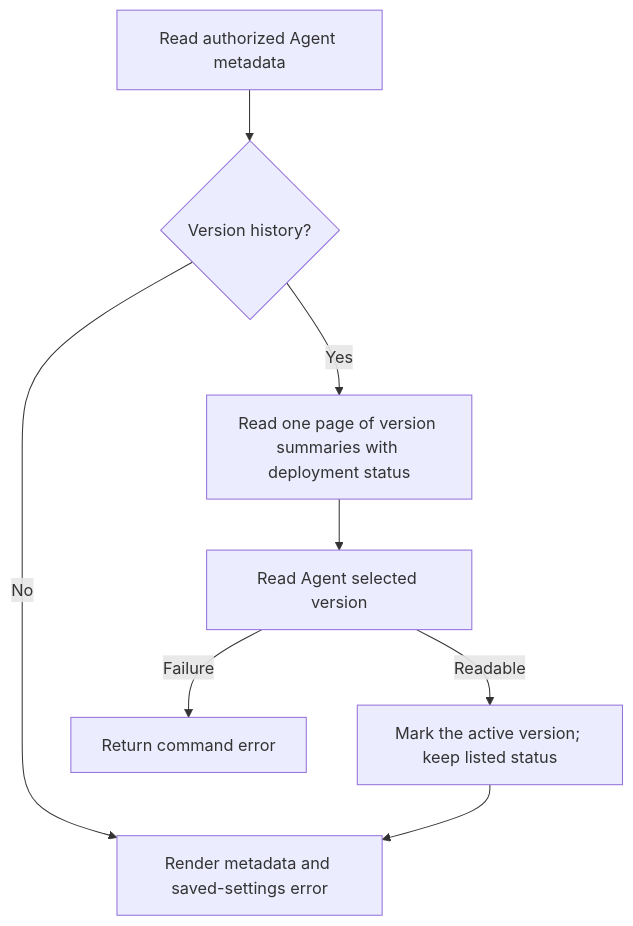
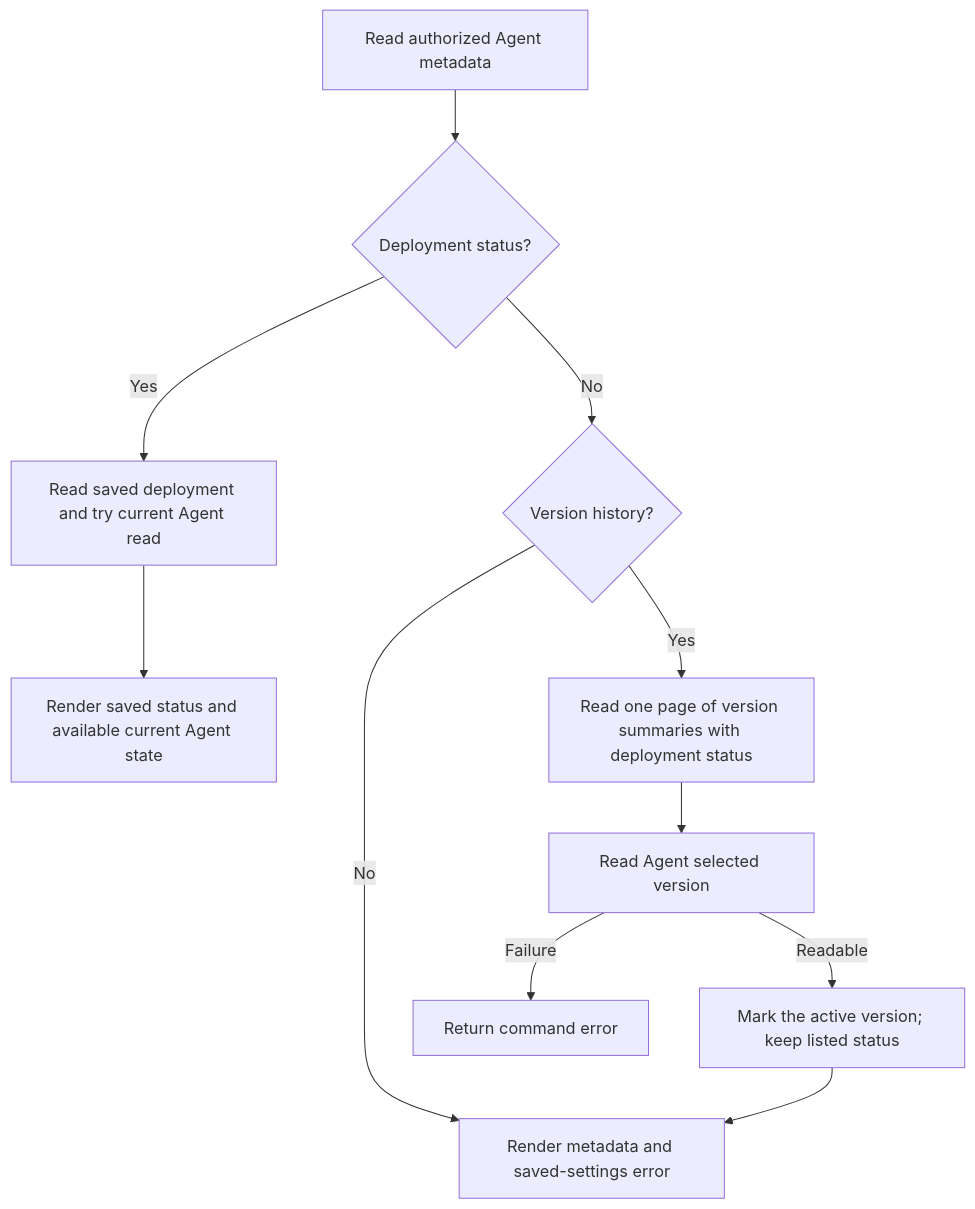
Before and after one commit to openclaw/openclaw-enterprise: the diagram in docs/flows/cli-agent-browsing.md, drawn with Mermaid. The commit also changed other lines of this file and 4 other files, not shown here.

Commit message:
fix(cli): show current Agent state in deployment status

````diff
--- a/docs/flows/cli-agent-browsing.md
+++ b/docs/flows/cli-agent-browsing.md
@@ -37,9 +38,12 @@
 ```mermaid
 graph TD
-  A["Read authorized Agent metadata"] --> B{"Version history?"}
+  A["Read authorized Agent metadata"] --> J{"Deployment status?"}
+  J -->|Yes| K["Read saved deployment and try current Agent read"]
+  K --> L["Render saved status and available current Agent state"]
+  J -->|No| B{"Version history?"}
   B -->|No| F["Render metadata and saved-settings error"]
   B -->|Yes| C["Read one page of version summaries with deployment status"]
   C --> D["Read Agent selected version"]
   D -->|Readable| E["Mark the active version; keep listed status"] --> F
   D -->|Failure| H["Return command error"]
 ```
````
